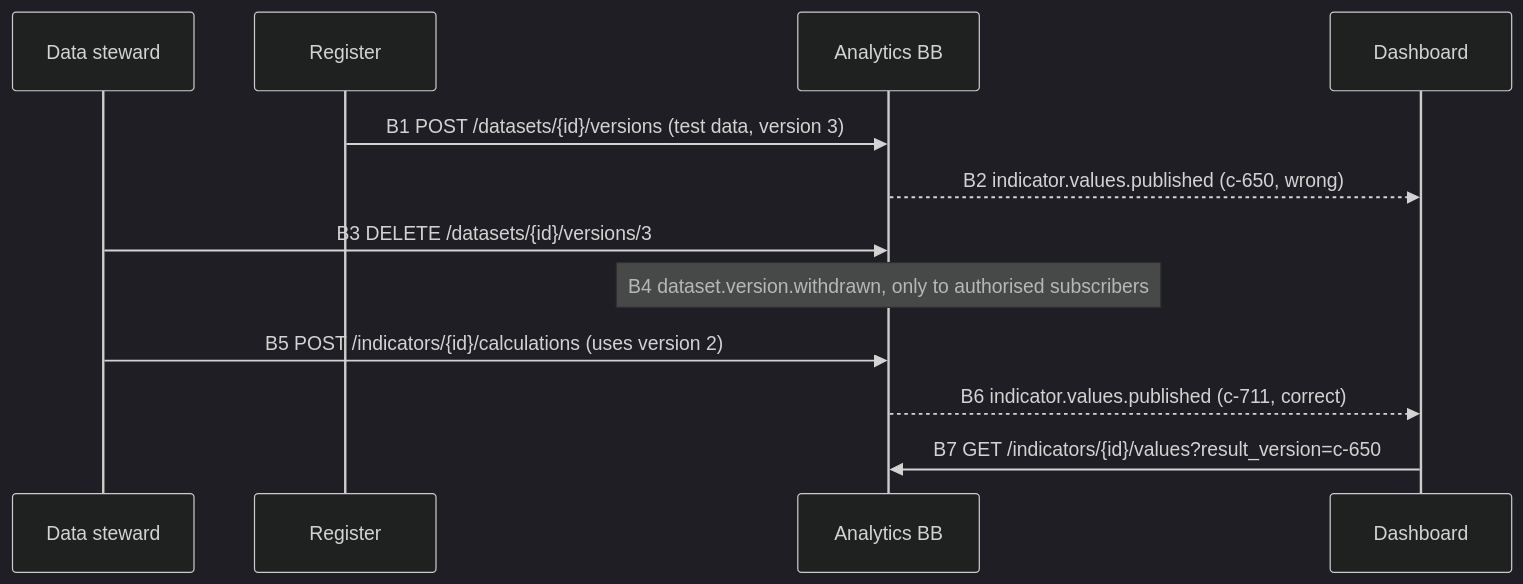
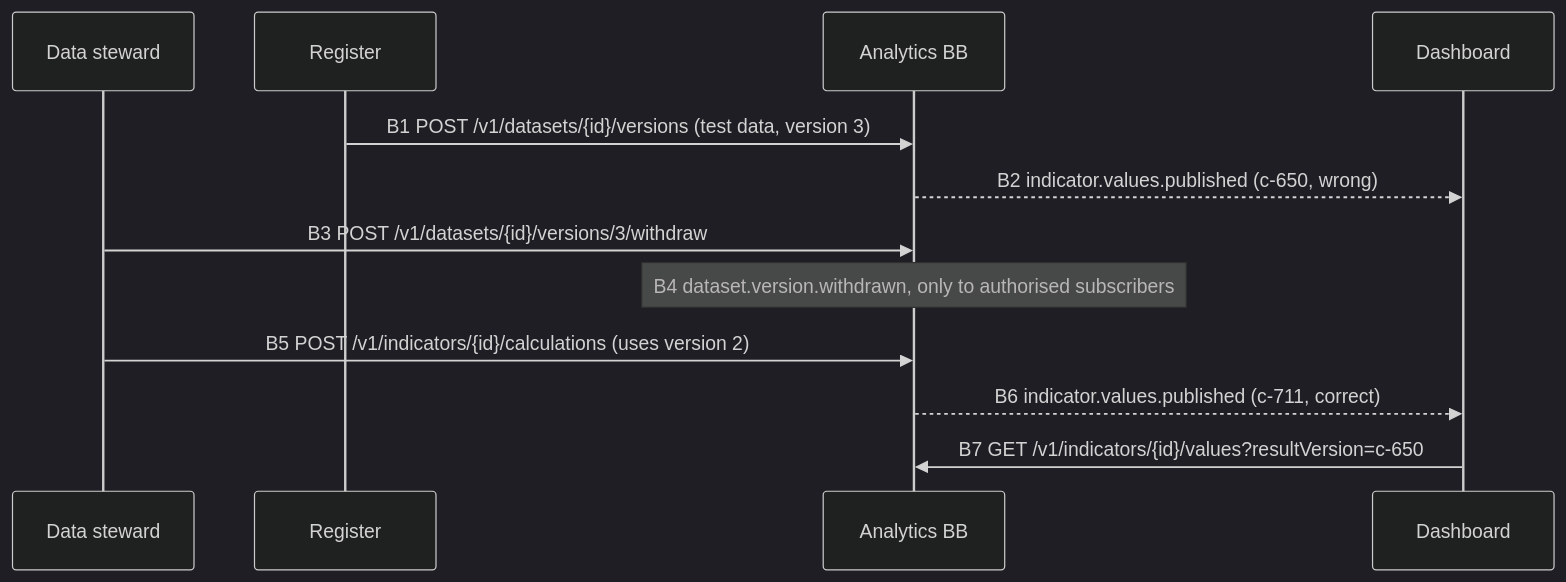
One commit to GovStackWorkingGroup/bb-analytics changed the fourth of 4 diagrams in spec/9-workflows.md. Above: the diagram before and after it, drawn with Mermaid (dark theme). The commit also changed other lines of this file and 23 other files, not shown here.

````diff
--- a/spec/9-workflows.md
+++ b/spec/9-workflows.md
@@ -345,14 +352,14 @@
 ```mermaid
 sequenceDiagram
     participant DS as Data steward
     participant R as Register
     participant A as Analytics BB
     participant D as Dashboard
-    R->>A: B1 POST /datasets/{id}/versions (test data, version 3)
+    R->>A: B1 POST /v1/datasets/{id}/versions (test data, version 3)
     A-->>D: B2 indicator.values.published (c-650, wrong)
-    DS->>A: B3 DELETE /datasets/{id}/versions/3
+    DS->>A: B3 POST /v1/datasets/{id}/versions/3/withdraw
     Note over A: B4 dataset.version.withdrawn, only to authorised subscribers
-    DS->>A: B5 POST /indicators/{id}/calculations (uses version 2)
+    DS->>A: B5 POST /v1/indicators/{id}/calculations (uses version 2)
     A-->>D: B6 indicator.values.published (c-711, correct)
-    D->>A: B7 GET /indicators/{id}/values?result_version=c-650
+    D->>A: B7 GET /v1/indicators/{id}/values?resultVersion=c-650
 ```
````
